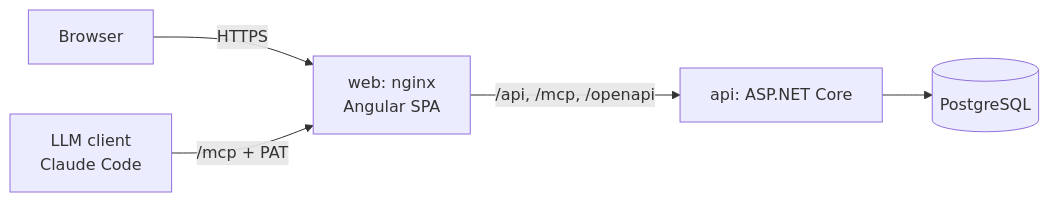
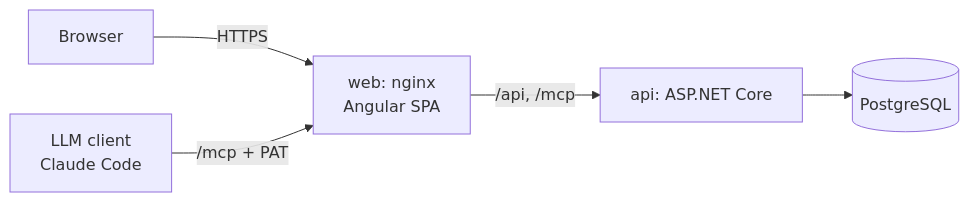
One commit to BrysAdamed/ticketing changed the diagram in docs/architecture/overview.md. Above: the diagram before and after it, drawn with Mermaid. The commit also changed other lines of this file and 17 other files, not shown here.

````diff
--- a/docs/architecture/overview.md
+++ b/docs/architecture/overview.md
@@ -5,7 +5,7 @@
 ```mermaid
 flowchart LR
   Browser -->|HTTPS| Web[web: nginx<br/>Angular SPA]
   LLM[LLM client<br/>Claude Code] -->|/mcp + PAT| Web
-  Web -->|/api, /mcp, /openapi| Api[api: ASP.NET Core]
+  Web -->|/api, /mcp| Api[api: ASP.NET Core]
   Api --> Db[(PostgreSQL)]
 ```
````
